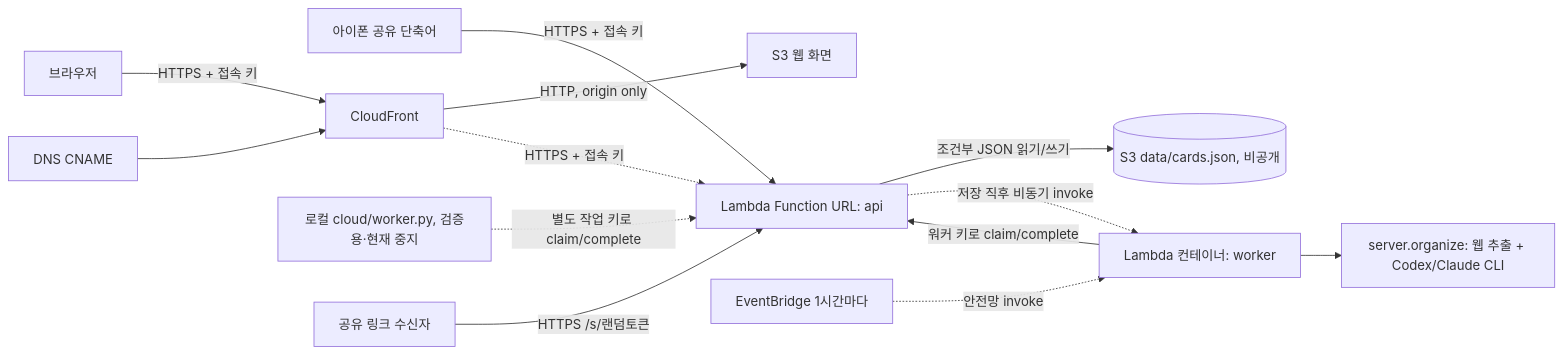
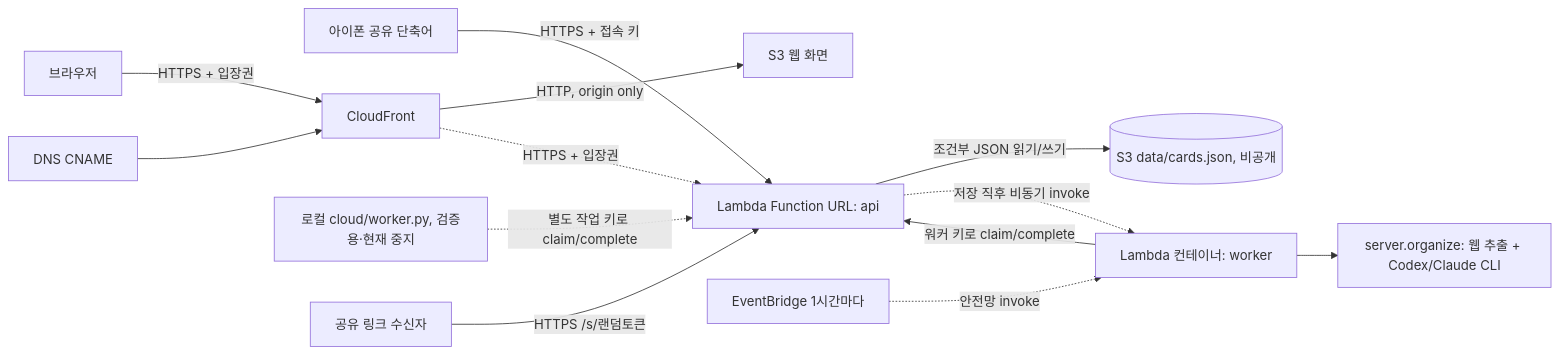
Before and after one commit to yakc0202/bookmark-shelf-mirror: the diagram in SETUP.md, drawn with Mermaid. The commit also changed other lines of this file and 15 other files, not shown here.

````diff
--- a/SETUP.md
+++ b/SETUP.md
@@ -13,15 +13,15 @@
 ```mermaid
 flowchart LR
  I[아이폰 공유 단축어] -->|HTTPS + 접속 키| L[Lambda Function URL: api]
- U[브라우저] -->|HTTPS + 접속 키| F[CloudFront]
+ U[브라우저] -->|HTTPS + 입장권| F[CloudFront]
  F -->|HTTP, origin only| W[S3 웹 화면]
- F -.->|HTTPS + 접속 키| L
+ F -.->|HTTPS + 입장권| L
  L -->|조건부 JSON 읽기/쓰기| D[(S3 data/cards.json, 비공개)]
  L -.->|저장 직후 비동기 invoke| K[Lambda 컨테이너: worker]
  E[EventBridge 1시간마다] -.->|안전망 invoke| K
  K -->|워커 키로 claim/complete| L
  K --> C[server.organize: 웹 추출 + Codex/Claude CLI]
  M[로컬 cloud/worker.py, 검증용·현재 중지] -.->|별도 작업 키로 claim/complete| L
  G[DNS CNAME] --> F
  R[공유 링크 수신자] -->|HTTPS /s/랜덤토큰| L
 ```
````
